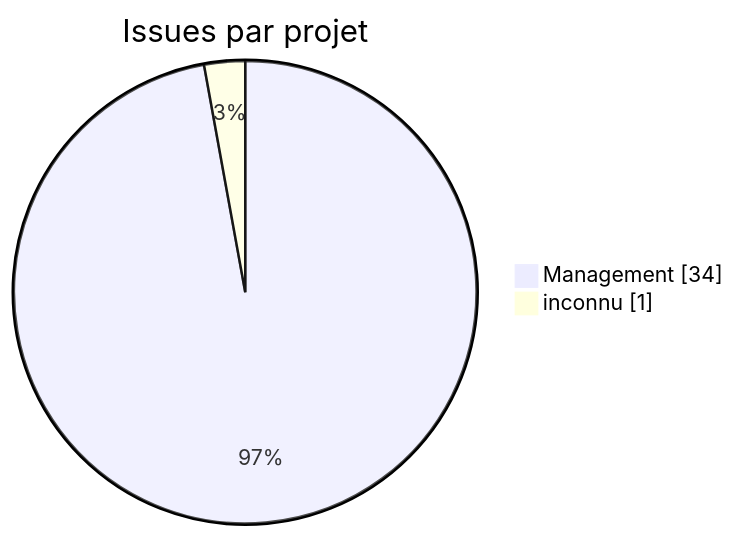
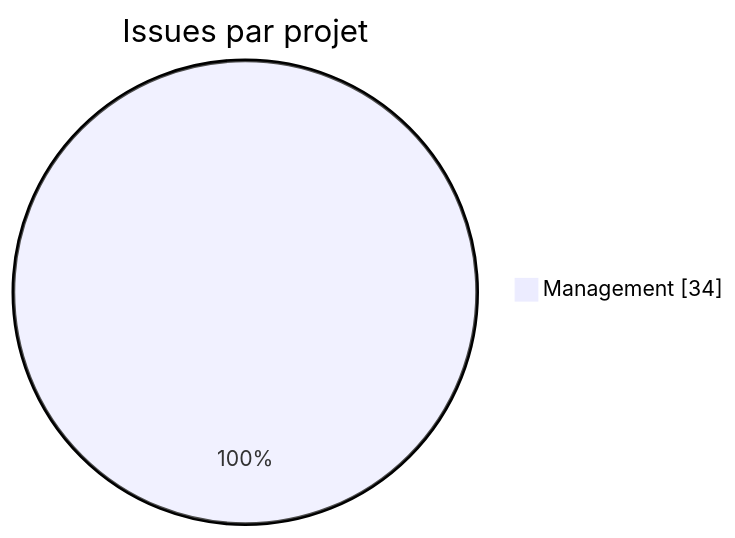
Before and after one commit to Gooseppr/GevOps_LC: the fifth of 7 diagrams in modules/M41_projet-board-J01.md, drawn with Mermaid. The commit also changed other lines of this file, not shown here.

````diff
--- a/modules/M41_projet-board-J01.md
+++ b/modules/M41_projet-board-J01.md
@@ -92,6 +92,5 @@
 ```mermaid
 pie showData
     title Issues par projet
     "Management" : 34
-    "inconnu" : 1
 ```
````
